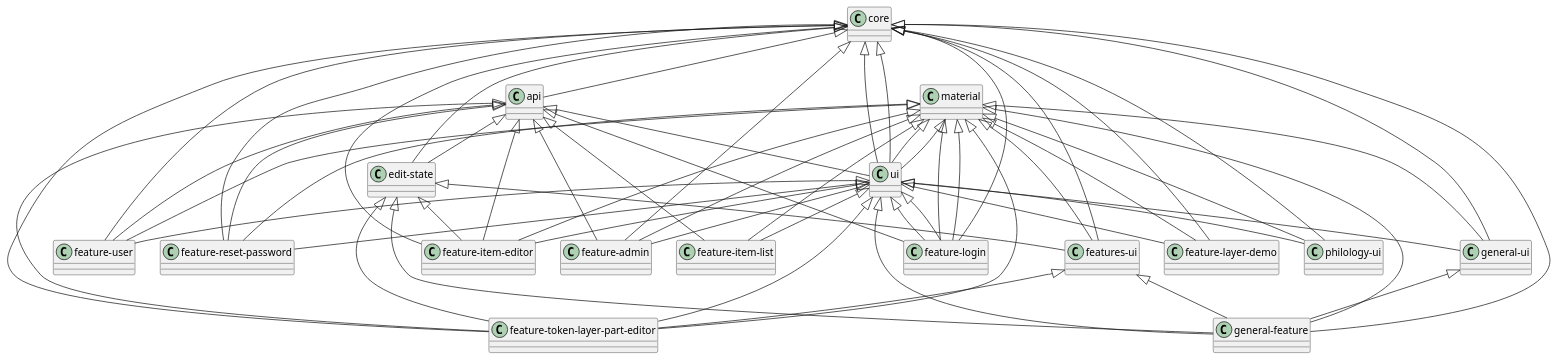
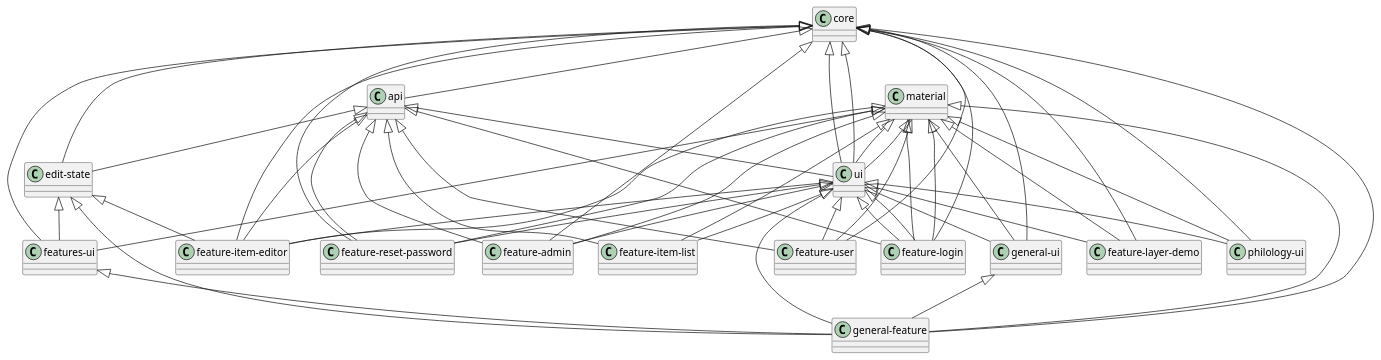
The diagram in doc/architecture.md (vedph/cadmus_web), drawn with PlantUML before and after one commit. The commit also changed other lines of this file and 37 other files, not shown here.

````diff
--- a/doc/architecture.md
+++ b/doc/architecture.md
@@ -51,78 +49,71 @@
 ```plantuml
 @startuml
 core <|-- api
 
 core <|-- ui
 api <|-- ui
 material <|-- ui
 
 core <|-- "edit-state"
 api <|-- "edit-state"
 
 material <|-- "feature-login"
 ui <|-- "feature-login"
 
 core <|-- "feature-login"
 material <|-- "feature-login"
 api <|-- "feature-login"
 ui <|-- "feature-login"
 
 core <|-- "feature-user"
 material <|-- "feature-user"
 api <|-- "feature-user"
 ui <|-- "feature-user"
 
 core <|-- "feature-reset-password"
 material <|-- "feature-reset-password"
 api <|-- "feature-reset-password"
 ui <|-- "feature-reset-password"
 
 api <|-- "feature-item-list"
 material <|-- "feature-item-list"
 ui <|-- "feature-item-list"
 
 core <|-- "feature-item-editor"
 material <|-- "feature-item-editor"
 api <|-- "feature-item-editor"
 ui <|-- "feature-item-editor"
 "edit-state" <|-- "feature-item-editor"
 
-core <|-- "feature-token-layer-part-editor"
-material <|-- "feature-token-layer-part-editor"
-api <|-- "feature-token-layer-part-editor"
-ui <|-- "feature-token-layer-part-editor"
-"edit-state" <|-- "feature-token-layer-part-editor"
-"features-ui" <|-- "feature-token-layer-part-editor"
-
 core <|-- "feature-admin"
 material <|-- "feature-admin"
 api <|-- "feature-admin"
 ui <|-- "feature-admin"
 
 core <|-- "features-ui"
 material <|-- "features-ui"
 "edit-state" <|-- "features-ui"
 
 core <|-- "feature-layer-demo"
 material <|-- "feature-layer-demo"
 ui <|-- "feature-layer-demo"
 
 core <|-- "general-ui"
 material <|-- "general-ui"
 ui <|-- "general-ui"
 
 core <|-- "general-feature"
 material <|-- "general-feature"
 ui <|-- "general-feature"
 "general-ui" <|-- "general-feature"
 "edit-state" <|-- "general-feature"
 "features-ui" <|-- "general-feature"
 
 core <|-- "philology-ui"
 material <|-- "philology-ui"
 ui <|-- "philology-ui"
 
 core <|-- ui
 material <|-- ui
 @enduml
 ```
````
